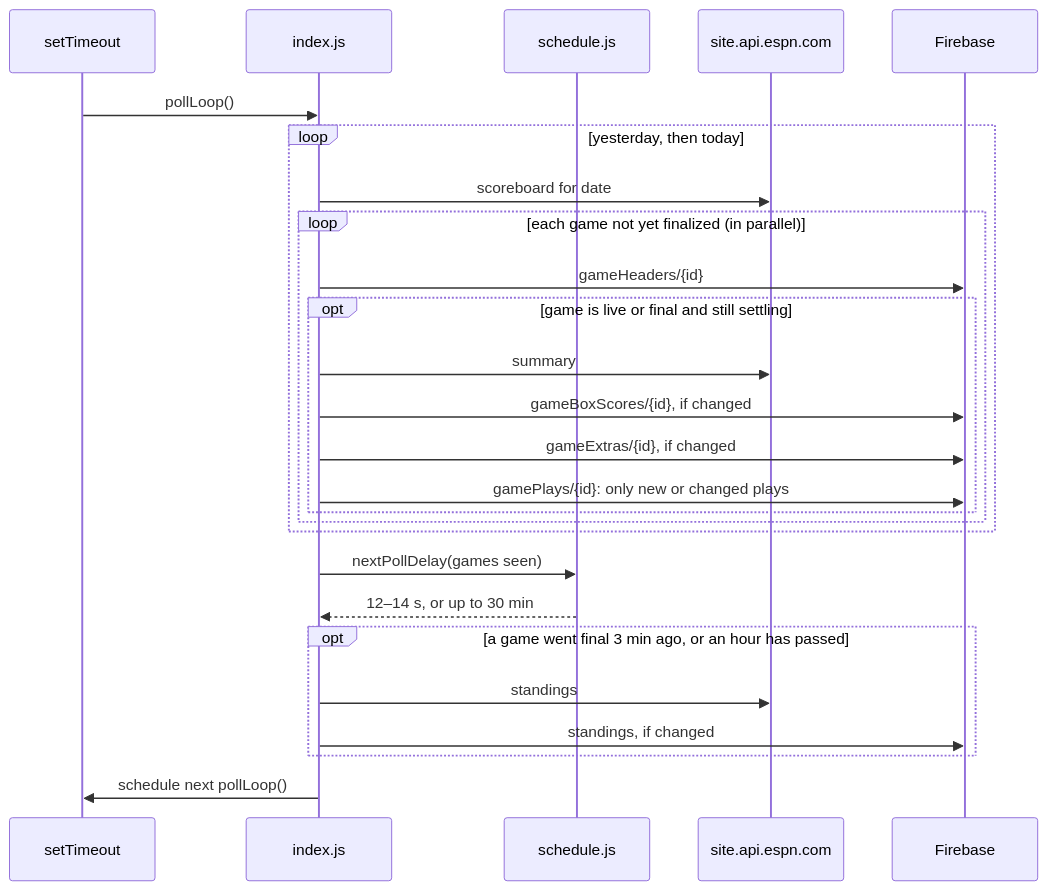
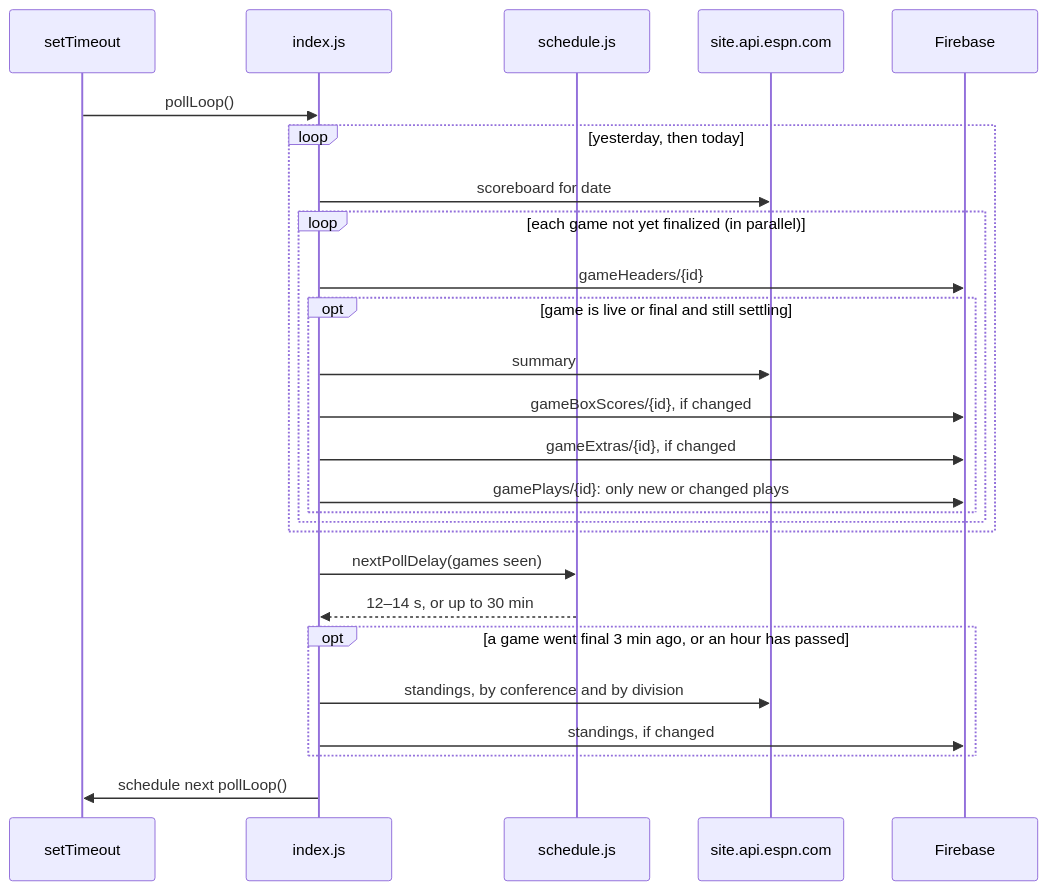
Before and after one commit to kriskramer/hoop-server: the second of 2 diagrams in docs/architecture.md, drawn with Mermaid. The commit also changed other lines of this file and 6 other files, not shown here.

First line of the commit message:
Add division trimming and ordering functionality to standings tests

````diff
--- a/docs/architecture.md
+++ b/docs/architecture.md
@@ -84,29 +84,29 @@
 ```mermaid
 sequenceDiagram
     participant Timer as setTimeout
     participant Idx as index.js
     participant Sched as schedule.js
     participant ESPN as site.api.espn.com
     participant DB as Firebase
 
     Timer->>Idx: pollLoop()
     loop yesterday, then today
         Idx->>ESPN: scoreboard for date
         loop each game not yet finalized (in parallel)
             Idx->>DB: gameHeaders/{id}
             opt game is live or final and still settling
                 Idx->>ESPN: summary
                 Idx->>DB: gameBoxScores/{id}, if changed
                 Idx->>DB: gameExtras/{id}, if changed
                 Idx->>DB: gamePlays/{id}: only new or changed plays
             end
         end
     end
     Idx->>Sched: nextPollDelay(games seen)
     Sched-->>Idx: 12–14 s, or up to 30 min
     opt a game went final 3 min ago, or an hour has passed
-        Idx->>ESPN: standings
+        Idx->>ESPN: standings, by conference and by division
         Idx->>DB: standings, if changed
     end
     Idx->>Timer: schedule next pollLoop()
 ```
````
